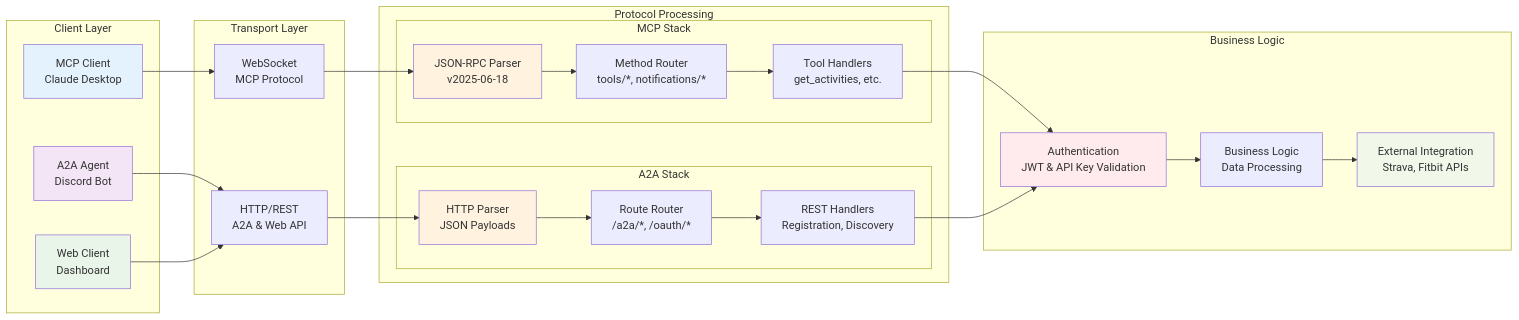
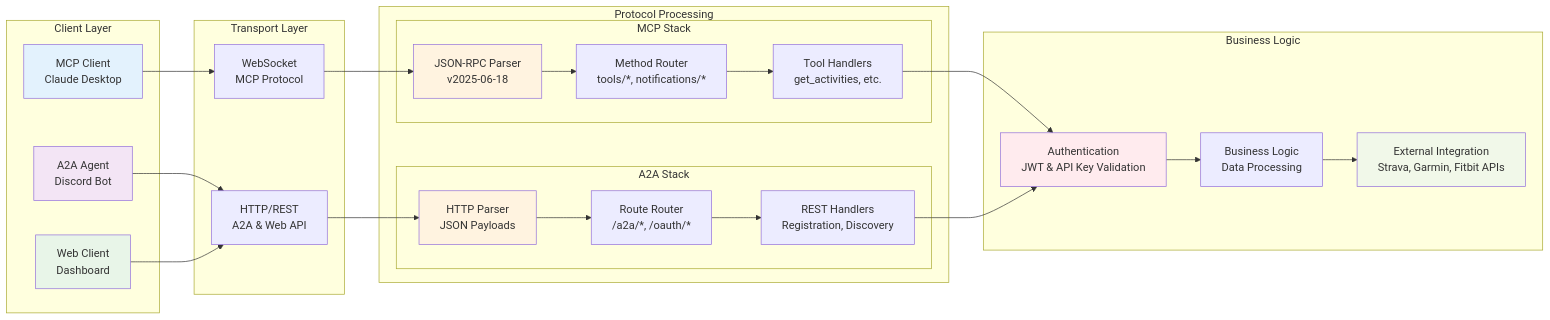
Before and after one commit to Async-IO/pierre_mcp_server: the third of 8 diagrams in docs/developer-guide/11-architecture-diagrams.md, drawn with Mermaid. The commit also changed other lines of this file and 18 other files, not shown here.

First line of the commit message:
feat: add Garmin provider integration with shared utilities

````diff
--- a/docs/developer-guide/11-architecture-diagrams.md
+++ b/docs/developer-guide/11-architecture-diagrams.md
@@ -166,60 +166,60 @@
 ```mermaid
 graph LR
     subgraph "Client Layer"
         CLIENT1[MCP Client<br/>Claude Desktop]
         CLIENT2[A2A Agent<br/>Discord Bot]
         CLIENT3[Web Client<br/>Dashboard]
     end
 
     subgraph "Transport Layer"
         WS[WebSocket<br/>MCP Protocol]
         HTTP[HTTP/REST<br/>A2A & Web API]
     end
 
     subgraph "Protocol Processing"
         subgraph "MCP Stack"
             MCP_PARSER[JSON-RPC Parser<br/>v2025-06-18]
             MCP_ROUTER[Method Router<br/>tools/*, notifications/*]
             MCP_HANDLER[Tool Handlers<br/>get_activities, etc.]
         end
 
         subgraph "A2A Stack"
             REST_PARSER[HTTP Parser<br/>JSON Payloads]
             REST_ROUTER[Route Router<br/>/a2a/*, /oauth/*]
             REST_HANDLER[REST Handlers<br/>Registration, Discovery]
         end
     end
 
     subgraph "Business Logic"
         AUTH_LAYER[Authentication<br/>JWT & API Key Validation]
         BUSINESS_LAYER[Business Logic<br/>Data Processing]
-        INTEGRATION_LAYER[External Integration<br/>Strava, Fitbit APIs]
+        INTEGRATION_LAYER[External Integration<br/>Strava, Garmin, Fitbit APIs]
     end
 
     CLIENT1 --> WS
     CLIENT2 --> HTTP
     CLIENT3 --> HTTP
 
     WS --> MCP_PARSER
     HTTP --> REST_PARSER
 
     MCP_PARSER --> MCP_ROUTER
     REST_PARSER --> REST_ROUTER
 
     MCP_ROUTER --> MCP_HANDLER
     REST_ROUTER --> REST_HANDLER
 
     MCP_HANDLER --> AUTH_LAYER
     REST_HANDLER --> AUTH_LAYER
 
     AUTH_LAYER --> BUSINESS_LAYER
     BUSINESS_LAYER --> INTEGRATION_LAYER
 
     style CLIENT1 fill:#e3f2fd
     style CLIENT2 fill:#f3e5f5
     style CLIENT3 fill:#e8f5e8
     style MCP_PARSER fill:#fff3e0
     style REST_PARSER fill:#fff3e0
     style AUTH_LAYER fill:#ffebee
     style INTEGRATION_LAYER fill:#f1f8e9
 ```
````
